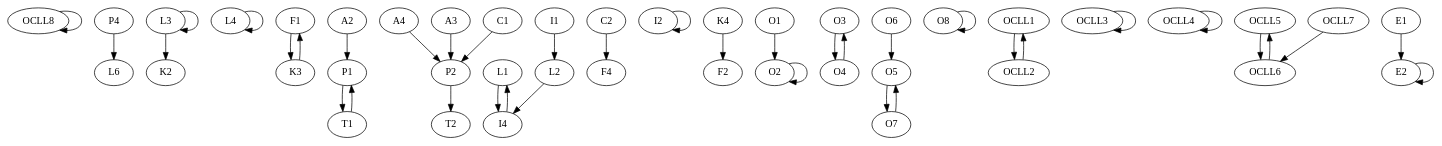
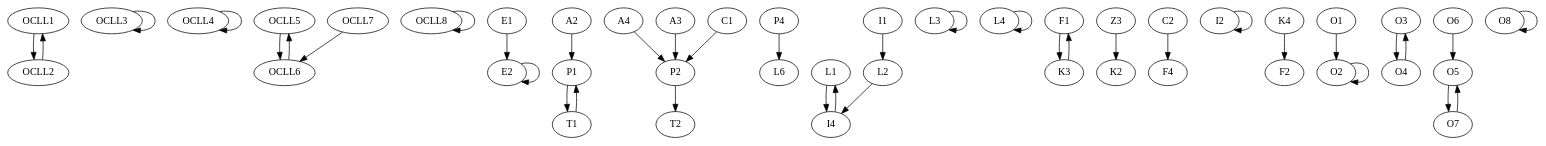
One commit to zimolzak/rubik-inverter changed the diagram in rubik-oll.dot. Above: the diagram before and after it, drawn with Graphviz.

```diff
--- a/rubik-oll.dot
+++ b/rubik-oll.dot
@@ -1,46 +1,56 @@
 digraph {
 
+OCLL1	   -> OCLL2;
+OCLL2	   -> OCLL1;
+OCLL3	   -> OCLL3;
+OCLL4	   -> OCLL4;
+OCLL5	   -> OCLL6;
+OCLL6	   -> OCLL5;
+OCLL7	   -> OCLL6;
 OCLL8 	   -> OCLL8;
+
+E1	   -> E2;
+E2	   -> E2;
+
+
+P1	   -> T1;
+P2	   -> T2;
+
 P4	   -> L6;
+
+
+L1	   -> I4;
+L2	   -> I4;
 L3	   -> L3;
 L4	   -> L4;
+
 F1	   -> K3;
+
 A2	   -> P1;
 A4	   -> P2;
 A3	   -> P2;
-L3	   -> K2;
+
+Z3	   -> K2;
+
 T1	   -> P1;
-P1	   -> T1;
-P2	   -> T2;
-L1	   -> I4;
-L2	   -> I4;
-I4	   -> L1;
+
 C1	   -> P2;
 C2	   -> F4;
+
 I1	   -> L2;
 I2	   -> I2;
+I4	   -> L1;
+
 K3	   -> F1;
 K4	   -> F2;
+
 O1	   -> O2;
 O2	   -> O2;
 O3	   -> O4;
 O4	   -> O3;
 O5	   -> O7;
 O6	   -> O5;
 O7	   -> O5;
 O8	   -> O8;
 
-OCLL1	   -> OCLL2;
-OCLL2	   -> OCLL1;
-OCLL3	   -> OCLL3;
-OCLL4	   -> OCLL4;
-OCLL5	   -> OCLL6;
-OCLL6	   -> OCLL5;
-OCLL7	   -> OCLL6;
-
-E1	   -> E2;
-E2	   -> E2;
-
-
-
 }
```
